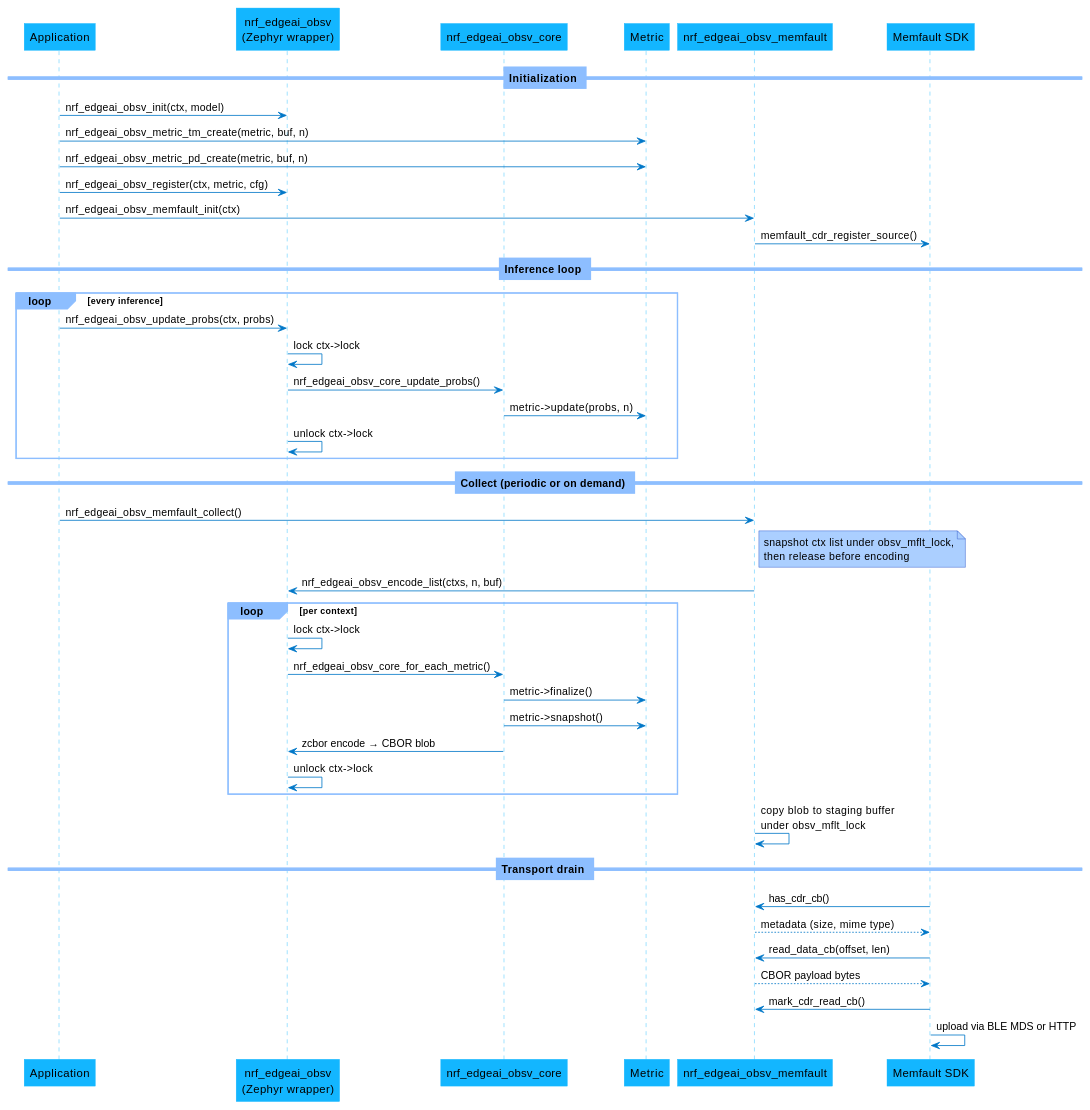
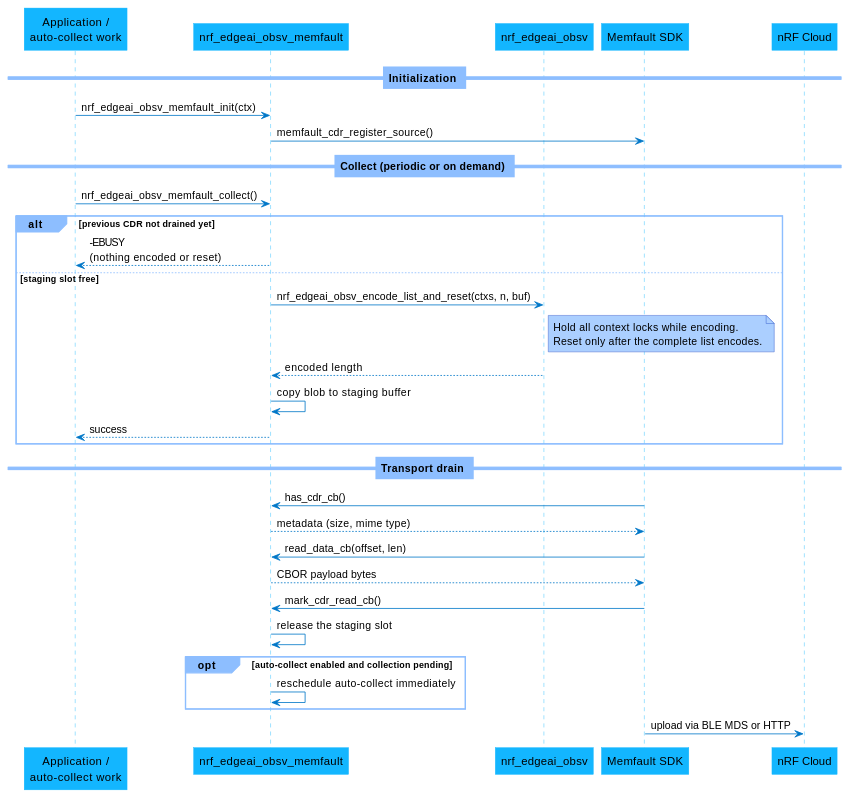
The third of 3 diagrams in doc/libraries/nrf_edgeai_obsv.rst (nrfconnect/sdk-edge-ai), drawn with PlantUML before and after one commit. The commit also changed other lines of this file and 49 other files, not shown here.

First line of the commit message:
lib: nrf_edgeai_obsv: metrics protocol v3, no-overwrite collect

```diff
--- a/doc/libraries/nrf_edgeai_obsv.rst
+++ b/doc/libraries/nrf_edgeai_obsv.rst
@@ -85,81 +148,71 @@
 .. uml::
-   :caption: Call sequence for initialization, inference updates, Memfault collect, and CDR drain.
+   :caption: Observability collection, staging, retry, and transport drain.
 
    skinparam shadowing false
    skinparam roundcorner 0
    skinparam backgroundColor #FFFFFF
    skinparam ArrowColor #0077C8
    skinparam sequenceArrowThickness 1
 
    skinparam sequence {
      DividerBackgroundColor #8DBEFF
      DividerBorderColor #8DBEFF
      LifeLineBackgroundColor #13B6FF
      LifeLineBorderColor #13B6FF
      ParticipantBackgroundColor #13B6FF
      ParticipantBorderColor #13B6FF
      BoxBackgroundColor #C1E8FF
      BoxBorderColor #C1E8FF
      GroupBackgroundColor #8DBEFF
      GroupBorderColor #8DBEFF
    }
 
    skinparam note {
      BackgroundColor #ABCFFF
      BorderColor #2149C2
      Shadowing false
    }
 
    skinparam participant {
      Shadowing false
    }
 
-   participant "Application" as App
-   participant "nrf_edgeai_obsv\n(Zephyr wrapper)" as Obsv
-   participant "nrf_edgeai_obsv_core" as Core
-   participant Metric
+   participant "Application /\nauto-collect work" as Trigger
    participant "nrf_edgeai_obsv_memfault" as Mflt
+   participant "nrf_edgeai_obsv" as Obsv
    participant "Memfault SDK" as SDK
+   participant "nRF Cloud" as Cloud
 
    == Initialization ==
 
-   App -> Obsv : nrf_edgeai_obsv_init(ctx, model)
-   App -> Metric : nrf_edgeai_obsv_metric_tm_create(metric, buf, n)
-   App -> Metric : nrf_edgeai_obsv_metric_pd_create(metric, buf, n)
-   App -> Obsv : nrf_edgeai_obsv_register(ctx, metric, cfg)
-   App -> Mflt : nrf_edgeai_obsv_memfault_init(ctx)
+   Trigger -> Mflt : nrf_edgeai_obsv_memfault_init(ctx)
    Mflt -> SDK : memfault_cdr_register_source()
-
-   == Inference loop ==
-
-   loop every inference
-     App -> Obsv : nrf_edgeai_obsv_update_probs(ctx, probs)
-     Obsv -> Obsv : lock ctx->lock
-     Obsv -> Core : nrf_edgeai_obsv_core_update_probs()
-     Core -> Metric : metric->update(probs, n)
-     Obsv -> Obsv : unlock ctx->lock
-   end
 
    == Collect (periodic or on demand) ==
 
-   App -> Mflt : nrf_edgeai_obsv_memfault_collect()
-   note right of Mflt : snapshot ctx list under obsv_mflt_lock,\nthen release before encoding
-   Mflt -> Obsv : nrf_edgeai_obsv_encode_list(ctxs, n, buf)
-   loop per context
-     Obsv -> Obsv : lock ctx->lock
-     Obsv -> Core : nrf_edgeai_obsv_core_for_each_metric()
-     Core -> Metric : metric->finalize()
-     Core -> Metric : metric->snapshot()
-     Core -> Obsv : zcbor encode → CBOR blob
-     Obsv -> Obsv : unlock ctx->lock
+   Trigger -> Mflt : nrf_edgeai_obsv_memfault_collect()
+   alt previous CDR not drained yet
+     Mflt --> Trigger : -EBUSY\n(nothing encoded or reset)
+   else staging slot free
+     Mflt -> Obsv : nrf_edgeai_obsv_encode_list_and_reset(ctxs, n, buf)
+     note right of Obsv
+       Hold all context locks while encoding.
+       Reset only after the complete list encodes.
+     end note
+     Obsv --> Mflt : encoded length
+     Mflt -> Mflt : copy blob to staging buffer
+     Mflt --> Trigger : success
    end
-   Mflt -> Mflt : copy blob to staging buffer\nunder obsv_mflt_lock
 
    == Transport drain ==
 
    SDK -> Mflt : has_cdr_cb()
    Mflt --> SDK : metadata (size, mime type)
    SDK -> Mflt : read_data_cb(offset, len)
    Mflt --> SDK : CBOR payload bytes
    SDK -> Mflt : mark_cdr_read_cb()
-   SDK -> SDK : upload via BLE MDS or HTTP
+   Mflt -> Mflt : release the staging slot
+   opt auto-collect enabled and collection pending
+     Mflt -> Mflt : reschedule auto-collect immediately
+   end
+   SDK -> Cloud : upload via BLE MDS or HTTP
```
